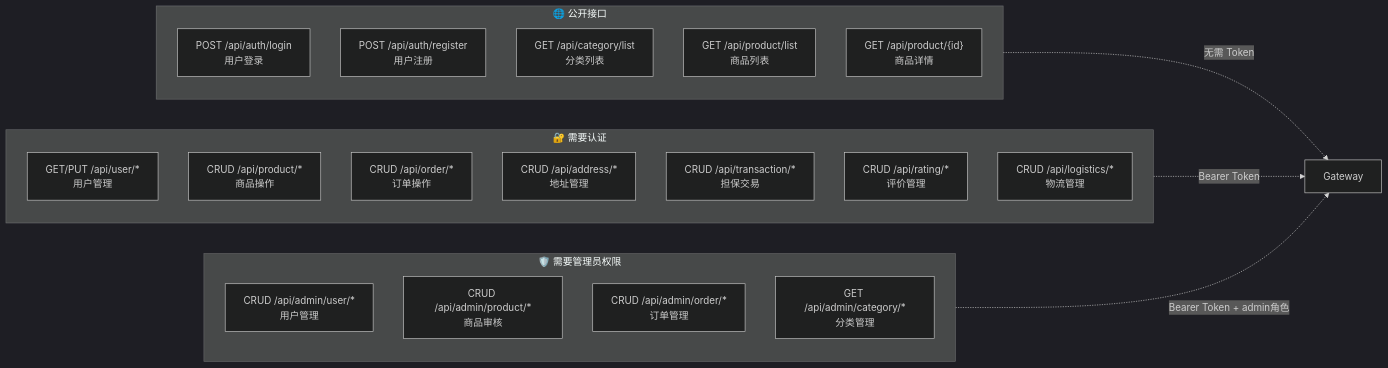
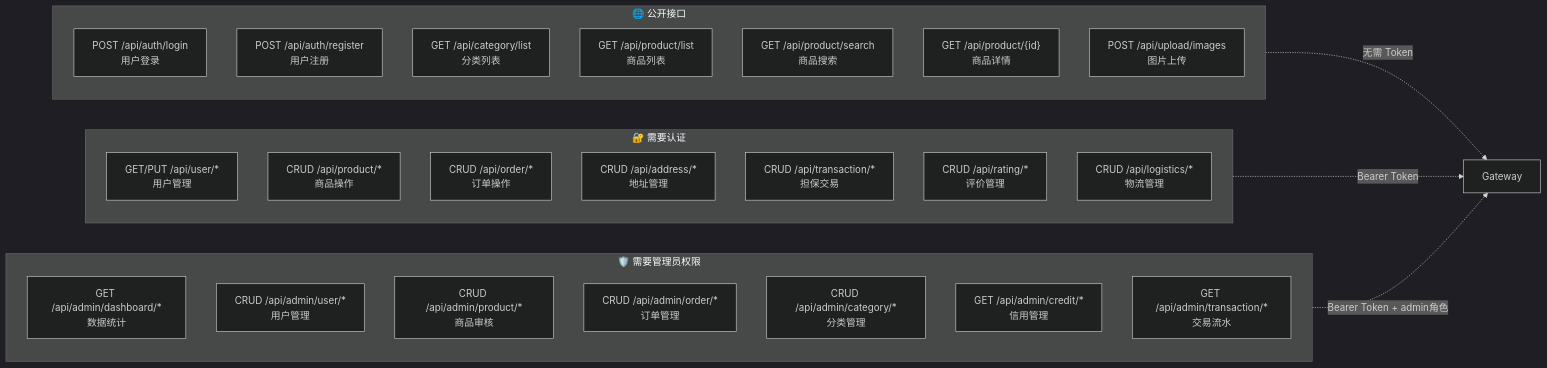
The tenth of 11 diagrams in mermaid.md (Shen-coderhorse/xiantao), drawn with Mermaid (dark theme) before and after one commit. The commit also changed other lines of this file and 126 other files, not shown here.

````diff
--- a/mermaid.md
+++ b/mermaid.md
@@ -501,31 +542,36 @@
 ```mermaid
 graph LR
     subgraph Public["🌐 公开接口"]
         P1["POST /api/auth/login<br/>用户登录"]
         P2["POST /api/auth/register<br/>用户注册"]
         P3["GET /api/category/list<br/>分类列表"]
         P4["GET /api/product/list<br/>商品列表"]
-        P5["GET /api/product/{id}<br/>商品详情"]
+        P5["GET /api/product/search<br/>商品搜索"]
+        P6["GET /api/product/{id}<br/>商品详情"]
+        P7["POST /api/upload/images<br/>图片上传"]
     end
 
     subgraph Auth["🔐 需要认证"]
         A1["GET/PUT /api/user/*<br/>用户管理"]
         A2["CRUD /api/product/*<br/>商品操作"]
         A3["CRUD /api/order/*<br/>订单操作"]
         A4["CRUD /api/address/*<br/>地址管理"]
         A5["CRUD /api/transaction/*<br/>担保交易"]
         A6["CRUD /api/rating/*<br/>评价管理"]
         A7["CRUD /api/logistics/*<br/>物流管理"]
     end
 
     subgraph Admin["🛡️ 需要管理员权限"]
-        M1["CRUD /api/admin/user/*<br/>用户管理"]
-        M2["CRUD /api/admin/product/*<br/>商品审核"]
-        M3["CRUD /api/admin/order/*<br/>订单管理"]
-        M4["GET /api/admin/category/*<br/>分类管理"]
+        M1["GET /api/admin/dashboard/*<br/>数据统计"]
+        M2["CRUD /api/admin/user/*<br/>用户管理"]
+        M3["CRUD /api/admin/product/*<br/>商品审核"]
+        M4["CRUD /api/admin/order/*<br/>订单管理"]
+        M5["CRUD /api/admin/category/*<br/>分类管理"]
+        M6["GET /api/admin/credit/*<br/>信用管理"]
+        M7["GET /api/admin/transaction/*<br/>交易流水"]
     end
 
     Public -.->|无需 Token| Gateway
     Auth -.->|Bearer Token| Gateway
     Admin -.->|Bearer Token + admin角色| Gateway
 ```
````
